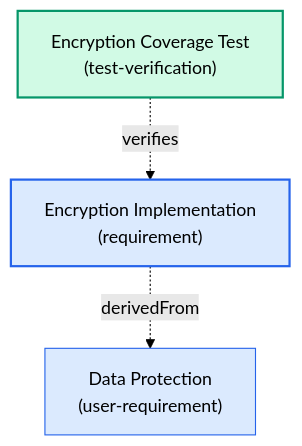
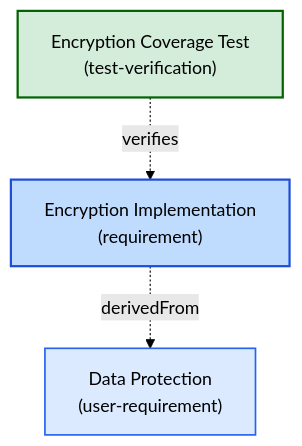
One commit to reqvire-org/reqvire changed the third of 6 diagrams in tests/test-verification-traces/expected_redundant_output.md. Above: the diagram before and after it, drawn with Mermaid (forest theme). The commit also changed other lines of this file and 21 other files, not shown here.

First line of the commit message:
Update color scheme for web interface and diagrams

````diff
--- a/tests/test-verification-traces/expected_redundant_output.md
+++ b/tests/test-verification-traces/expected_redundant_output.md
@@ -65,17 +65,17 @@
 ```mermaid
 graph TD
-  classDef userRequirement fill:#dbeafe,stroke:#2563EB,stroke-width:2px;
-  classDef systemRequirement fill:#dbeafe,stroke:#2563EB,stroke-width:1px;
-  classDef requirement fill:#dbeafe,stroke:#2563EB,stroke-width:1px;
-  classDef verified fill:#dbeafe,stroke:#2563EB,stroke-width:2px;
-  classDef verification fill:#d1fae5,stroke:#059669,stroke-width:2px;
+  classDef userRequirement fill:#bfdbfe,stroke:#1d4ed8,stroke-width:2px;
+  classDef systemRequirement fill:#dbeafe,stroke:#2563EB,stroke-width:1.5px;
+  classDef requirement fill:#dbeafe,stroke:#2563EB,stroke-width:1.5px;
+  classDef verified fill:#bfdbfe,stroke:#1d4ed8,stroke-width:2px;
+  classDef verification fill:#d4edda,stroke:#006400,stroke-width:2px;
 
   30572046e8226c8d["Encryption Coverage Test<br>(test-verification)"]:::verification
   click 30572046e8226c8d "specifications/Verifications/Tests.md#encryption-coverage-test";
   de36a6e809a20bc2["Encryption Implementation<br>(requirement)"]:::verified
   click de36a6e809a20bc2 "specifications/SystemRequirements.md#encryption-implementation";
   30572046e8226c8d -.->|verifies| de36a6e809a20bc2;
   8ddbf0ce66bc6c18["Data Protection<br>(user-requirement)"]:::requirement
   click 8ddbf0ce66bc6c18 "specifications/UserRequirements.md#data-protection";
   de36a6e809a20bc2 -.->|derivedFrom| 8ddbf0ce66bc6c18;
 ```
````
